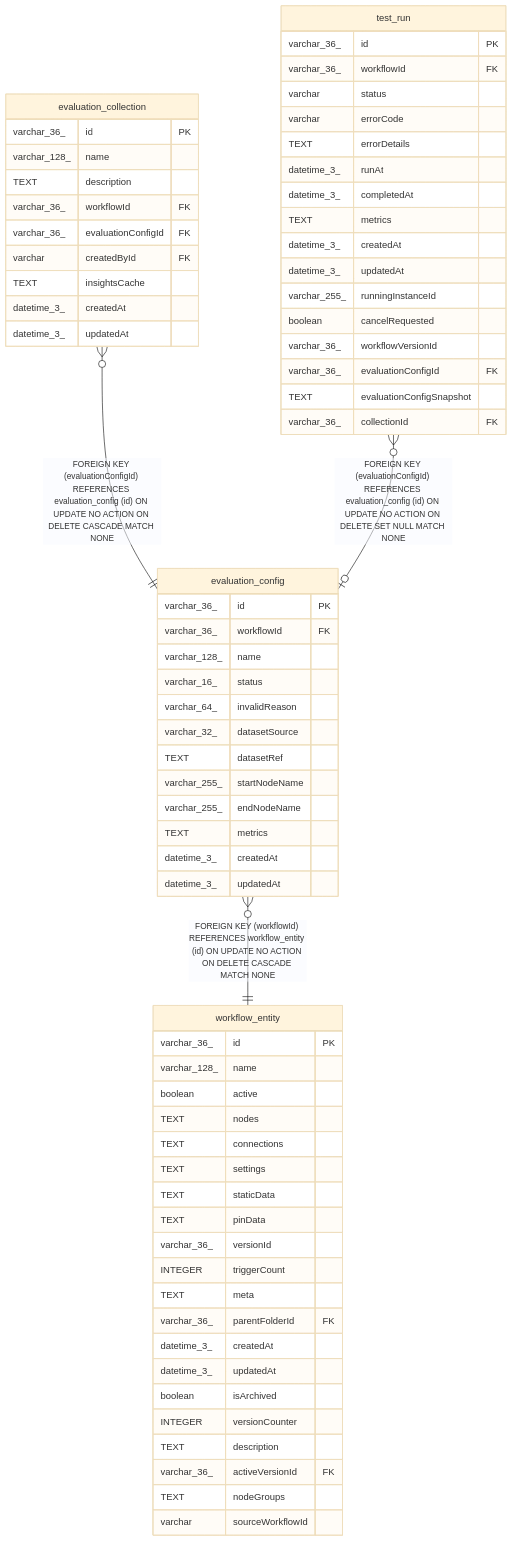
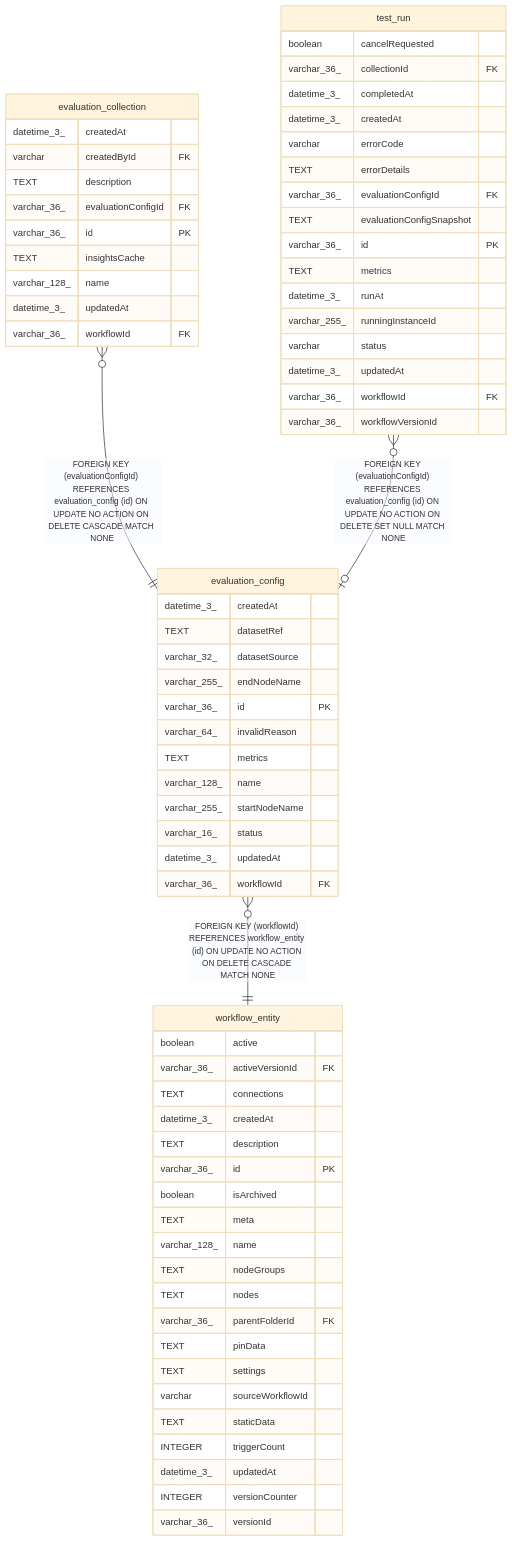
The diagram in docs/generated/sqlite-schema/evaluation_config.md (mayankjain1815-commits/n8n), drawn with Mermaid (base theme) before and after one commit. The commit also changed other lines of this file and 221 other files, not shown here.

Commit message:
chore(core): Make DB schema docs generation deterministic (#32373)

````diff
--- a/docs/generated/sqlite-schema/evaluation_config.md
+++ b/docs/generated/sqlite-schema/evaluation_config.md
@@ -50,73 +50,73 @@
 ```mermaid
 erDiagram
 
 "evaluation_collection" }o--|| "evaluation_config" : "FOREIGN KEY (evaluationConfigId) REFERENCES evaluation_config (id) ON UPDATE NO ACTION ON DELETE CASCADE MATCH NONE"
 "test_run" }o--o| "evaluation_config" : "FOREIGN KEY (evaluationConfigId) REFERENCES evaluation_config (id) ON UPDATE NO ACTION ON DELETE SET NULL MATCH NONE"
 "evaluation_config" }o--|| "workflow_entity" : "FOREIGN KEY (workflowId) REFERENCES workflow_entity (id) ON UPDATE NO ACTION ON DELETE CASCADE MATCH NONE"
 
 "evaluation_config" {
+  datetime_3_ createdAt
+  TEXT datasetRef
+  varchar_32_ datasetSource
+  varchar_255_ endNodeName
   varchar_36_ id PK
+  varchar_64_ invalidReason
+  TEXT metrics
+  varchar_128_ name
+  varchar_255_ startNodeName
+  varchar_16_ status
+  datetime_3_ updatedAt
   varchar_36_ workflowId FK
-  varchar_128_ name
-  varchar_16_ status
-  varchar_64_ invalidReason
-  varchar_32_ datasetSource
-  TEXT datasetRef
-  varchar_255_ startNodeName
-  varchar_255_ endNodeName
-  TEXT metrics
-  datetime_3_ createdAt
-  datetime_3_ updatedAt
 }
 "evaluation_collection" {
+  datetime_3_ createdAt
+  varchar createdById FK
+  TEXT description
+  varchar_36_ evaluationConfigId FK
   varchar_36_ id PK
+  TEXT insightsCache
   varchar_128_ name
-  TEXT description
+  datetime_3_ updatedAt
   varchar_36_ workflowId FK
-  varchar_36_ evaluationConfigId FK
-  varchar createdById FK
-  TEXT insightsCache
-  datetime_3_ createdAt
-  datetime_3_ updatedAt
 }
 "test_run" {
-  varchar_36_ id PK
-  varchar_36_ workflowId FK
-  varchar status
+  boolean cancelRequested
+  varchar_36_ collectionId FK
+  datetime_3_ completedAt
+  datetime_3_ createdAt
   varchar errorCode
   TEXT errorDetails
-  datetime_3_ runAt
-  datetime_3_ completedAt
-  TEXT metrics
-  datetime_3_ createdAt
-  datetime_3_ updatedAt
-  varchar_255_ runningInstanceId
-  boolean cancelRequested
-  varchar_36_ workflowVersionId
   varchar_36_ evaluationConfigId FK
   TEXT evaluationConfigSnapshot
-  varchar_36_ collectionId FK
+  varchar_36_ id PK
+  TEXT metrics
+  datetime_3_ runAt
+  varchar_255_ runningInstanceId
+  varchar status
+  datetime_3_ updatedAt
+  varchar_36_ workflowId FK
+  varchar_36_ workflowVersionId
 }
 "workflow_entity" {
+  boolean active
+  varchar_36_ activeVersionId FK
+  TEXT connections
+  datetime_3_ createdAt
+  TEXT description
   varchar_36_ id PK
+  boolean isArchived
+  TEXT meta
   varchar_128_ name
-  boolean active
+  TEXT nodeGroups
   TEXT nodes
-  TEXT connections
+  varchar_36_ parentFolderId FK
+  TEXT pinData
   TEXT settings
+  varchar sourceWorkflowId
   TEXT staticData
-  TEXT pinData
+  INTEGER triggerCount
+  datetime_3_ updatedAt
+  INTEGER versionCounter
   varchar_36_ versionId
-  INTEGER triggerCount
-  TEXT meta
-  varchar_36_ parentFolderId FK
-  datetime_3_ createdAt
-  datetime_3_ updatedAt
-  boolean isArchived
-  INTEGER versionCounter
-  TEXT description
-  varchar_36_ activeVersionId FK
-  TEXT nodeGroups
-  varchar sourceWorkflowId
 }
 ```
````
